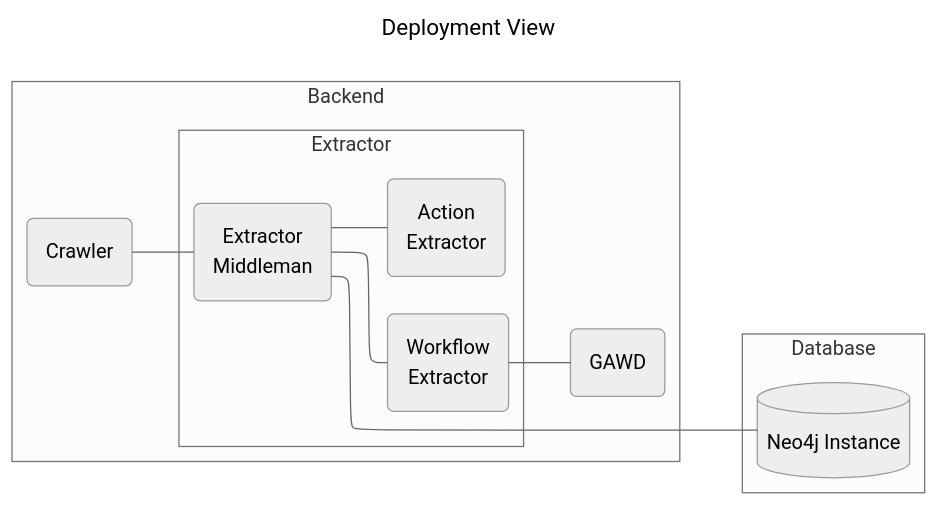
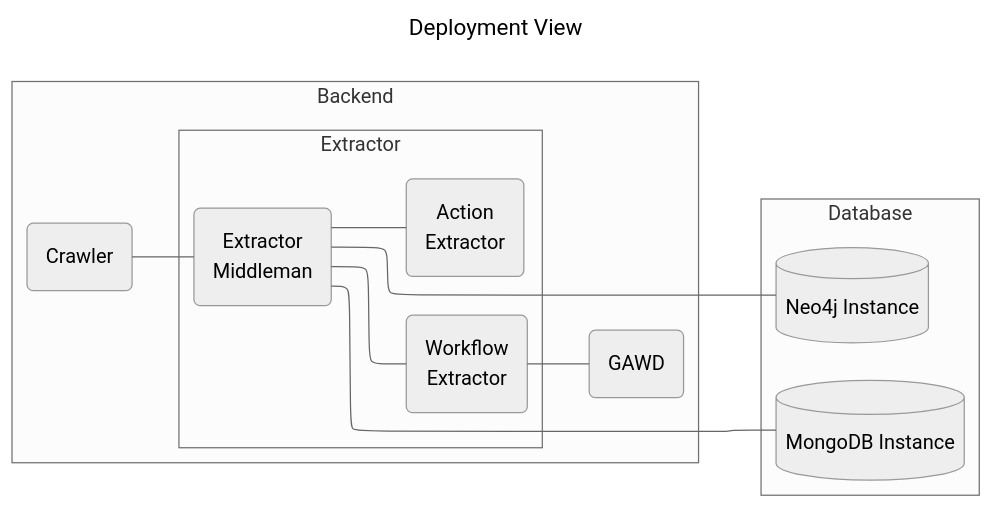
One commit to aegis-forge/kleio changed the diagram in docs/architecture/deployment.mmd. Above: the diagram before and after it, drawn with Mermaid (neutral theme). The commit also changed 18 other files, not shown here.

```diff
--- a/docs/architecture/deployment.mmd
+++ b/docs/architecture/deployment.mmd
@@ -1,25 +1,27 @@
 ---
 title: Deployment View
 ---
 
 flowchart-elk LR
     subgraph back [Backend]
         Crawler("Crawler")
         Gawd("GAWD")
 
         subgraph extract [Extractor]
             MExtractor("Extractor <br> Middleman")
             WExtractor("Workflow <br> Extractor")
             AExtractor("Action <br> Extractor") 
         end
     end
 
     subgraph db [Database]
-        DB@{shape: cyl, label: "Neo4j Instance"}
+        Neo@{shape: cyl, label: "Neo4j Instance"}
+        Mongo@{shape: cyl, label: "MongoDB Instance"}
     end
 
     Crawler --- MExtractor
-    MExtractor --- DB
+    MExtractor --- Neo
+    MExtractor --- Mongo
     MExtractor --- WExtractor
     MExtractor --- AExtractor
     WExtractor --- Gawd
```
